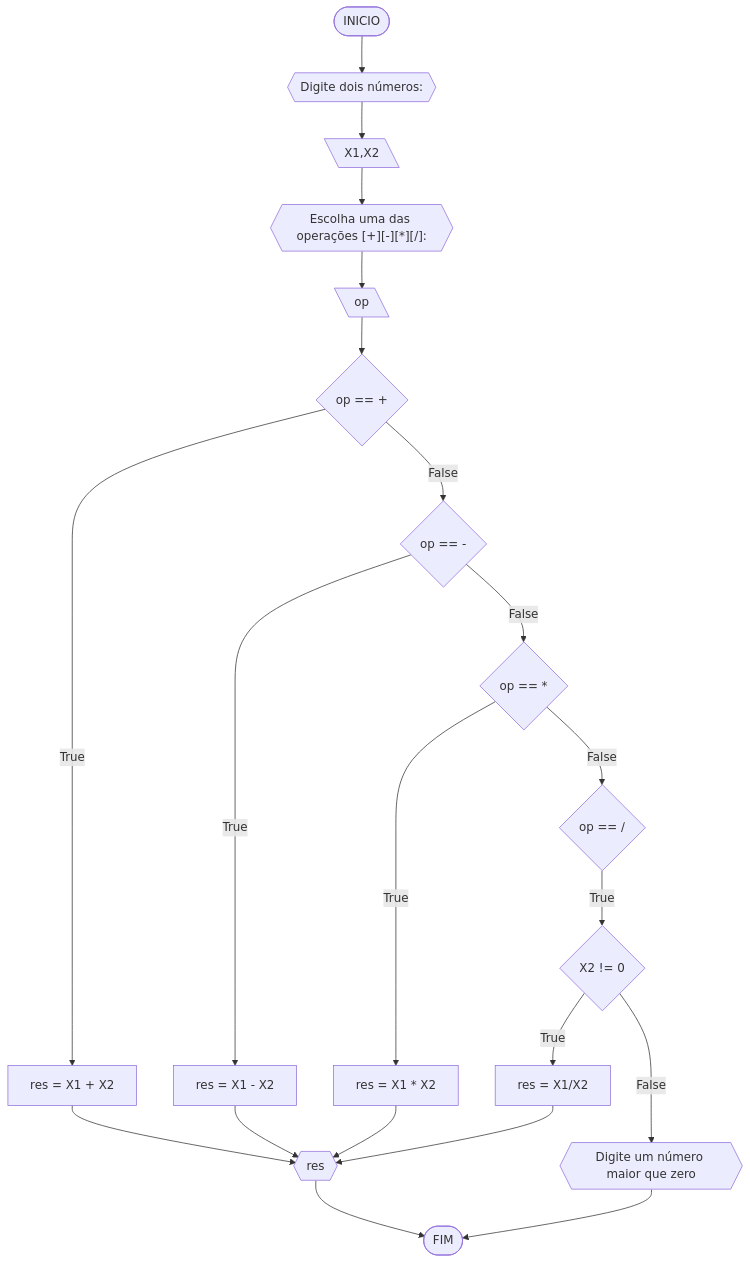
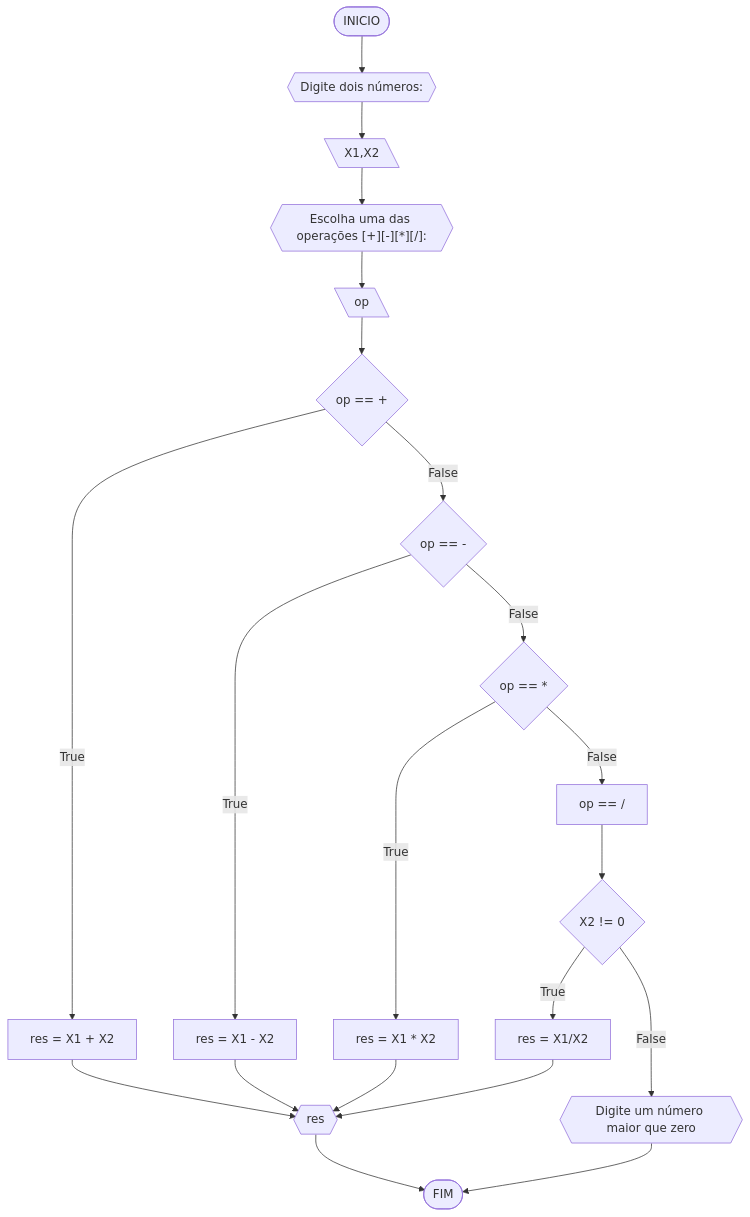
Before and after one commit to yeesusu/UNIFOR: the fourth of 5 diagrams in RLA/Unid1/RLA3/lista2.md, drawn with Mermaid.

````diff
--- a/RLA/Unid1/RLA3/lista2.md
+++ b/RLA/Unid1/RLA3/lista2.md
@@ -128,23 +128,23 @@
 ```mermaid
 flowchart TD
 A([INICIO]) --> B{{"Digite dois números: "}}
 B --> C[\X1,X2\]
 C --> D{{"Escolha uma das operações [+][-][*][/]: "}}
 D --> E[\op\]
 E --> F{"op == +"}
 F --True--> G[res = X1 + X2]
 G --> H{{"res"}}
 F --False--> I{"op == -"}
 I --True--> J[res = X1 - X2]
 J --> H
 I --False--> K{"op == *"}
 K --True--> L[res = X1 * X2]
 L --> H
-K --False--> M{"op == /"}
-M --True--> N{"X2 != 0"}
+K --False--> M["op == /"]
+M--> N{"X2 != 0"}
 N --True--> O[res = X1/X2]
 O --> H
 N --False--> P{{"Digite um número maior que zero"}}
 P --> Z([FIM])
 H --> Z
 ```
````
